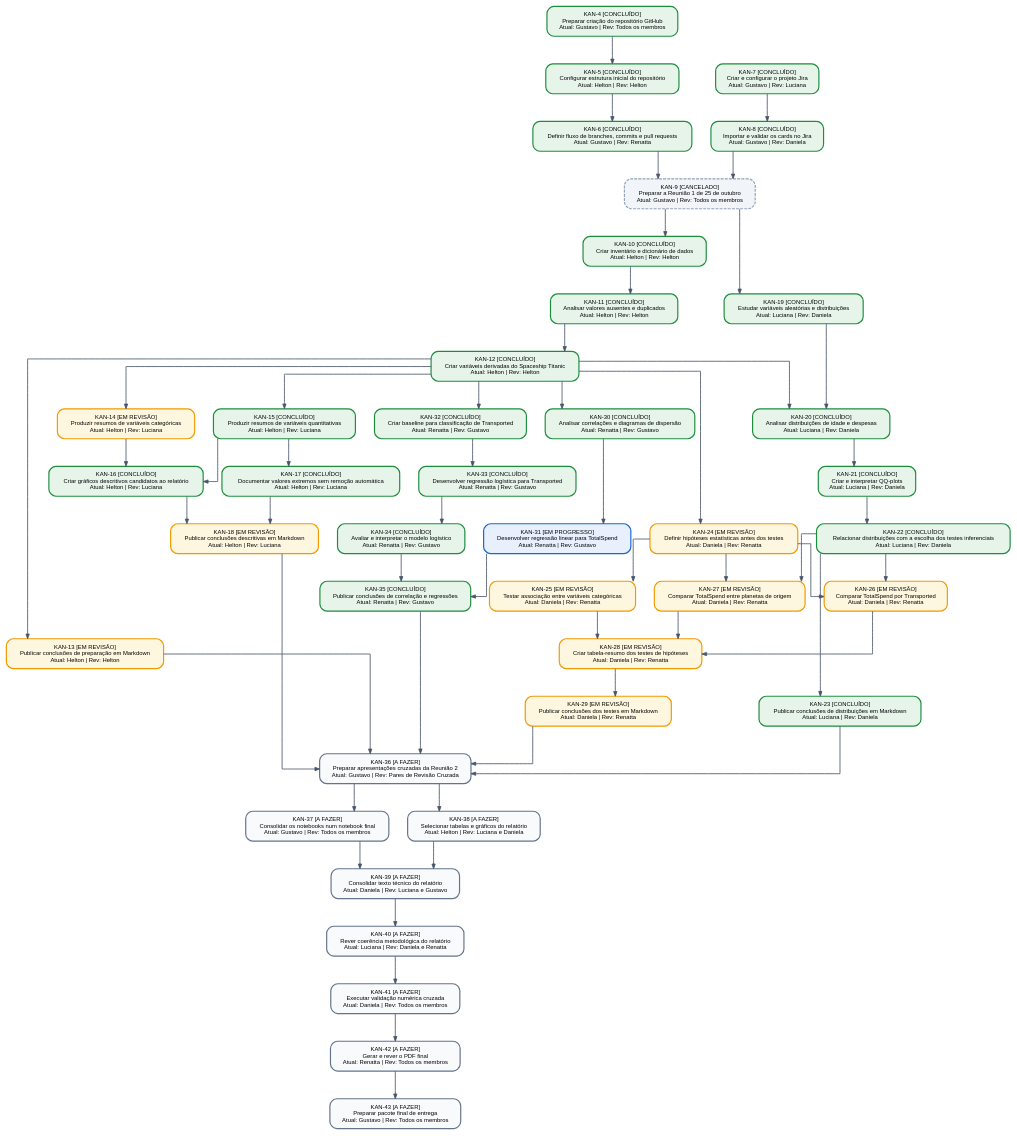
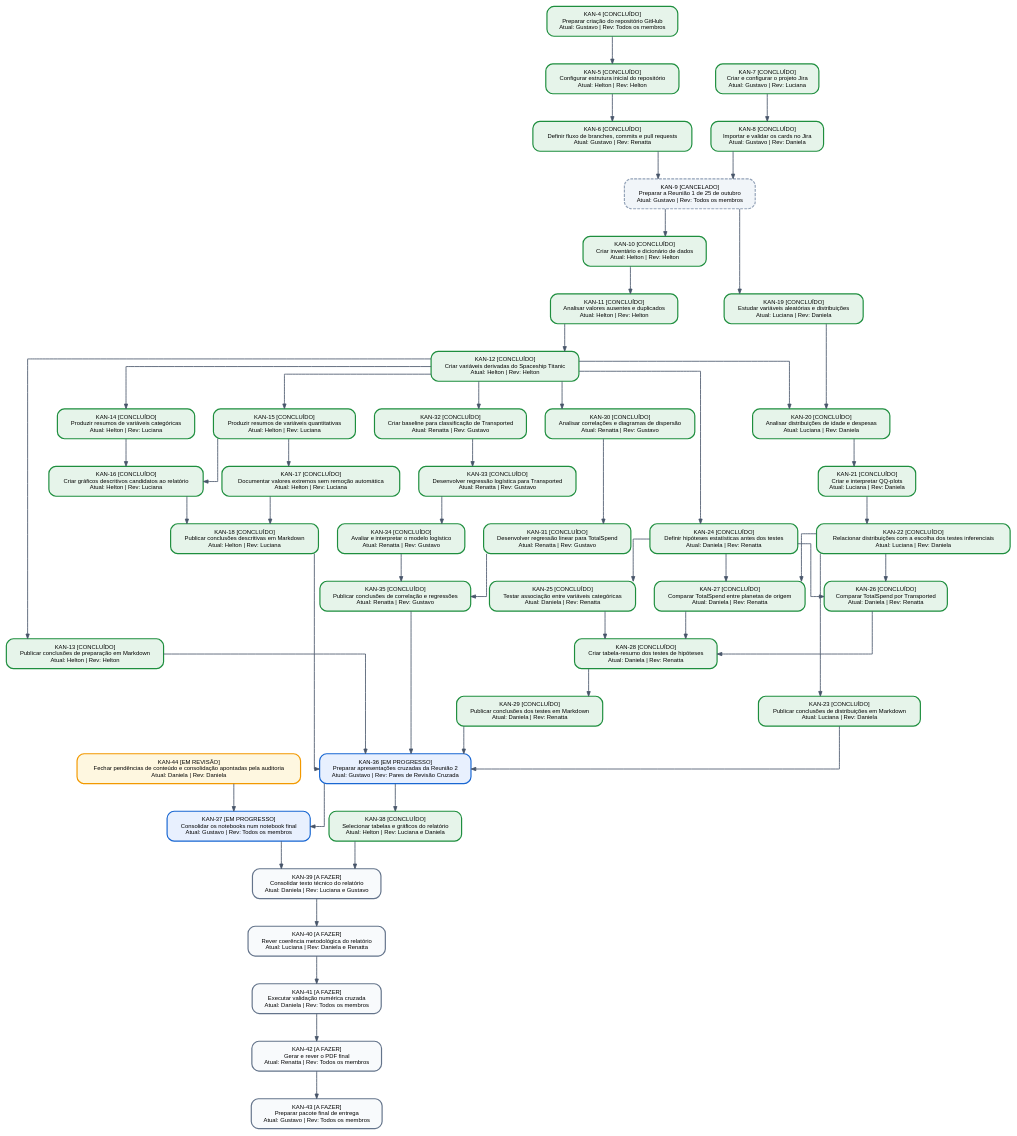
Before and after one commit to gmenezesg/spaceship-titanic-estatistica-posdl: the diagram in docs/mapa_dependencias_jira.dot, drawn with Graphviz. The commit also changed 4 other files, not shown here.

```diff
--- a/docs/mapa_dependencias_jira.dot
+++ b/docs/mapa_dependencias_jira.dot
@@ -1,103 +1,105 @@
 digraph JiraDependencyMap {
     rankdir=TB;
     splines=ortho;
     nodesep=0.45;
     ranksep=0.65;
     fontname="Helvetica";
     node [shape=box, style="rounded,filled", fontname="Helvetica", fontsize=10, margin="0.18,0.12", penwidth=2.0];
     edge [color="#475569", penwidth=1.4, arrowsize=0.8];
 
     "KAN-4" [label="KAN-4 [CONCLUÍDO]\nPreparar criação do repositório GitHub\nAtual: Gustavo | Rev: Todos os membros", fillcolor="#E6F4EA", color="#1E8E3E", style="rounded,filled"];
     "KAN-5" [label="KAN-5 [CONCLUÍDO]\nConfigurar estrutura inicial do repositório\nAtual: Helton | Rev: Helton", fillcolor="#E6F4EA", color="#1E8E3E", style="rounded,filled"];
     "KAN-6" [label="KAN-6 [CONCLUÍDO]\nDefinir fluxo de branches, commits e pull requests\nAtual: Gustavo | Rev: Renatta", fillcolor="#E6F4EA", color="#1E8E3E", style="rounded,filled"];
     "KAN-7" [label="KAN-7 [CONCLUÍDO]\nCriar e configurar o projeto Jira\nAtual: Gustavo | Rev: Luciana", fillcolor="#E6F4EA", color="#1E8E3E", style="rounded,filled"];
     "KAN-8" [label="KAN-8 [CONCLUÍDO]\nImportar e validar os cards no Jira\nAtual: Gustavo | Rev: Daniela", fillcolor="#E6F4EA", color="#1E8E3E", style="rounded,filled"];
     "KAN-9" [label="KAN-9 [CANCELADO]\nPreparar a Reunião 1 de 25 de outubro\nAtual: Gustavo | Rev: Todos os membros", fillcolor="#F1F5F9", color="#94A3B8", style="rounded,filled,dashed"];
     "KAN-10" [label="KAN-10 [CONCLUÍDO]\nCriar inventário e dicionário de dados\nAtual: Helton | Rev: Helton", fillcolor="#E6F4EA", color="#1E8E3E", style="rounded,filled"];
     "KAN-11" [label="KAN-11 [CONCLUÍDO]\nAnalisar valores ausentes e duplicados\nAtual: Helton | Rev: Helton", fillcolor="#E6F4EA", color="#1E8E3E", style="rounded,filled"];
     "KAN-12" [label="KAN-12 [CONCLUÍDO]\nCriar variáveis derivadas do Spaceship Titanic\nAtual: Helton | Rev: Helton", fillcolor="#E6F4EA", color="#1E8E3E", style="rounded,filled"];
-    "KAN-13" [label="KAN-13 [EM REVISÃO]\nPublicar conclusões de preparação em Markdown\nAtual: Helton | Rev: Helton", fillcolor="#FEF7E0", color="#F29900", style="rounded,filled"];
-    "KAN-14" [label="KAN-14 [EM REVISÃO]\nProduzir resumos de variáveis categóricas\nAtual: Helton | Rev: Luciana", fillcolor="#FEF7E0", color="#F29900", style="rounded,filled"];
+    "KAN-13" [label="KAN-13 [CONCLUÍDO]\nPublicar conclusões de preparação em Markdown\nAtual: Helton | Rev: Helton", fillcolor="#E6F4EA", color="#1E8E3E", style="rounded,filled"];
+    "KAN-14" [label="KAN-14 [CONCLUÍDO]\nProduzir resumos de variáveis categóricas\nAtual: Helton | Rev: Luciana", fillcolor="#E6F4EA", color="#1E8E3E", style="rounded,filled"];
     "KAN-15" [label="KAN-15 [CONCLUÍDO]\nProduzir resumos de variáveis quantitativas\nAtual: Helton | Rev: Luciana", fillcolor="#E6F4EA", color="#1E8E3E", style="rounded,filled"];
     "KAN-16" [label="KAN-16 [CONCLUÍDO]\nCriar gráficos descritivos candidatos ao relatório\nAtual: Helton | Rev: Luciana", fillcolor="#E6F4EA", color="#1E8E3E", style="rounded,filled"];
     "KAN-17" [label="KAN-17 [CONCLUÍDO]\nDocumentar valores extremos sem remoção automática\nAtual: Helton | Rev: Luciana", fillcolor="#E6F4EA", color="#1E8E3E", style="rounded,filled"];
-    "KAN-18" [label="KAN-18 [EM REVISÃO]\nPublicar conclusões descritivas em Markdown\nAtual: Helton | Rev: Luciana", fillcolor="#FEF7E0", color="#F29900", style="rounded,filled"];
+    "KAN-18" [label="KAN-18 [CONCLUÍDO]\nPublicar conclusões descritivas em Markdown\nAtual: Helton | Rev: Luciana", fillcolor="#E6F4EA", color="#1E8E3E", style="rounded,filled"];
     "KAN-19" [label="KAN-19 [CONCLUÍDO]\nEstudar variáveis aleatórias e distribuições\nAtual: Luciana | Rev: Daniela", fillcolor="#E6F4EA", color="#1E8E3E", style="rounded,filled"];
     "KAN-20" [label="KAN-20 [CONCLUÍDO]\nAnalisar distribuições de idade e despesas\nAtual: Luciana | Rev: Daniela", fillcolor="#E6F4EA", color="#1E8E3E", style="rounded,filled"];
     "KAN-21" [label="KAN-21 [CONCLUÍDO]\nCriar e interpretar QQ-plots\nAtual: Luciana | Rev: Daniela", fillcolor="#E6F4EA", color="#1E8E3E", style="rounded,filled"];
     "KAN-22" [label="KAN-22 [CONCLUÍDO]\nRelacionar distribuições com a escolha dos testes inferenciais\nAtual: Luciana | Rev: Daniela", fillcolor="#E6F4EA", color="#1E8E3E", style="rounded,filled"];
     "KAN-23" [label="KAN-23 [CONCLUÍDO]\nPublicar conclusões de distribuições em Markdown\nAtual: Luciana | Rev: Daniela", fillcolor="#E6F4EA", color="#1E8E3E", style="rounded,filled"];
-    "KAN-24" [label="KAN-24 [EM REVISÃO]\nDefinir hipóteses estatísticas antes dos testes\nAtual: Daniela | Rev: Renatta", fillcolor="#FEF7E0", color="#F29900", style="rounded,filled"];
-    "KAN-25" [label="KAN-25 [EM REVISÃO]\nTestar associação entre variáveis categóricas\nAtual: Daniela | Rev: Renatta", fillcolor="#FEF7E0", color="#F29900", style="rounded,filled"];
-    "KAN-26" [label="KAN-26 [EM REVISÃO]\nComparar TotalSpend por Transported\nAtual: Daniela | Rev: Renatta", fillcolor="#FEF7E0", color="#F29900", style="rounded,filled"];
-    "KAN-27" [label="KAN-27 [EM REVISÃO]\nComparar TotalSpend entre planetas de origem\nAtual: Daniela | Rev: Renatta", fillcolor="#FEF7E0", color="#F29900", style="rounded,filled"];
-    "KAN-28" [label="KAN-28 [EM REVISÃO]\nCriar tabela-resumo dos testes de hipóteses\nAtual: Daniela | Rev: Renatta", fillcolor="#FEF7E0", color="#F29900", style="rounded,filled"];
-    "KAN-29" [label="KAN-29 [EM REVISÃO]\nPublicar conclusões dos testes em Markdown\nAtual: Daniela | Rev: Renatta", fillcolor="#FEF7E0", color="#F29900", style="rounded,filled"];
+    "KAN-24" [label="KAN-24 [CONCLUÍDO]\nDefinir hipóteses estatísticas antes dos testes\nAtual: Daniela | Rev: Renatta", fillcolor="#E6F4EA", color="#1E8E3E", style="rounded,filled"];
+    "KAN-25" [label="KAN-25 [CONCLUÍDO]\nTestar associação entre variáveis categóricas\nAtual: Daniela | Rev: Renatta", fillcolor="#E6F4EA", color="#1E8E3E", style="rounded,filled"];
+    "KAN-26" [label="KAN-26 [CONCLUÍDO]\nComparar TotalSpend por Transported\nAtual: Daniela | Rev: Renatta", fillcolor="#E6F4EA", color="#1E8E3E", style="rounded,filled"];
+    "KAN-27" [label="KAN-27 [CONCLUÍDO]\nComparar TotalSpend entre planetas de origem\nAtual: Daniela | Rev: Renatta", fillcolor="#E6F4EA", color="#1E8E3E", style="rounded,filled"];
+    "KAN-28" [label="KAN-28 [CONCLUÍDO]\nCriar tabela-resumo dos testes de hipóteses\nAtual: Daniela | Rev: Renatta", fillcolor="#E6F4EA", color="#1E8E3E", style="rounded,filled"];
+    "KAN-29" [label="KAN-29 [CONCLUÍDO]\nPublicar conclusões dos testes em Markdown\nAtual: Daniela | Rev: Renatta", fillcolor="#E6F4EA", color="#1E8E3E", style="rounded,filled"];
     "KAN-30" [label="KAN-30 [CONCLUÍDO]\nAnalisar correlações e diagramas de dispersão\nAtual: Renatta | Rev: Gustavo", fillcolor="#E6F4EA", color="#1E8E3E", style="rounded,filled"];
-    "KAN-31" [label="KAN-31 [EM PROGRESSO]\nDesenvolver regressão linear para TotalSpend\nAtual: Renatta | Rev: Gustavo", fillcolor="#E8F0FE", color="#1967D2", style="rounded,filled"];
+    "KAN-31" [label="KAN-31 [CONCLUÍDO]\nDesenvolver regressão linear para TotalSpend\nAtual: Renatta | Rev: Gustavo", fillcolor="#E6F4EA", color="#1E8E3E", style="rounded,filled"];
     "KAN-32" [label="KAN-32 [CONCLUÍDO]\nCriar baseline para classificação de Transported\nAtual: Renatta | Rev: Gustavo", fillcolor="#E6F4EA", color="#1E8E3E", style="rounded,filled"];
     "KAN-33" [label="KAN-33 [CONCLUÍDO]\nDesenvolver regressão logística para Transported\nAtual: Renatta | Rev: Gustavo", fillcolor="#E6F4EA", color="#1E8E3E", style="rounded,filled"];
     "KAN-34" [label="KAN-34 [CONCLUÍDO]\nAvaliar e interpretar o modelo logístico\nAtual: Renatta | Rev: Gustavo", fillcolor="#E6F4EA", color="#1E8E3E", style="rounded,filled"];
     "KAN-35" [label="KAN-35 [CONCLUÍDO]\nPublicar conclusões de correlação e regressões\nAtual: Renatta | Rev: Gustavo", fillcolor="#E6F4EA", color="#1E8E3E", style="rounded,filled"];
-    "KAN-36" [label="KAN-36 [A FAZER]\nPreparar apresentações cruzadas da Reunião 2\nAtual: Gustavo | Rev: Pares de Revisão Cruzada", fillcolor="#F8FAFC", color="#64748B", style="rounded,filled"];
-    "KAN-37" [label="KAN-37 [A FAZER]\nConsolidar os notebooks num notebook final\nAtual: Gustavo | Rev: Todos os membros", fillcolor="#F8FAFC", color="#64748B", style="rounded,filled"];
-    "KAN-38" [label="KAN-38 [A FAZER]\nSelecionar tabelas e gráficos do relatório\nAtual: Helton | Rev: Luciana e Daniela", fillcolor="#F8FAFC", color="#64748B", style="rounded,filled"];
+    "KAN-36" [label="KAN-36 [EM PROGRESSO]\nPreparar apresentações cruzadas da Reunião 2\nAtual: Gustavo | Rev: Pares de Revisão Cruzada", fillcolor="#E8F0FE", color="#1967D2", style="rounded,filled"];
+    "KAN-37" [label="KAN-37 [EM PROGRESSO]\nConsolidar os notebooks num notebook final\nAtual: Gustavo | Rev: Todos os membros", fillcolor="#E8F0FE", color="#1967D2", style="rounded,filled"];
+    "KAN-38" [label="KAN-38 [CONCLUÍDO]\nSelecionar tabelas e gráficos do relatório\nAtual: Helton | Rev: Luciana e Daniela", fillcolor="#E6F4EA", color="#1E8E3E", style="rounded,filled"];
     "KAN-39" [label="KAN-39 [A FAZER]\nConsolidar texto técnico do relatório\nAtual: Daniela | Rev: Luciana e Gustavo", fillcolor="#F8FAFC", color="#64748B", style="rounded,filled"];
     "KAN-40" [label="KAN-40 [A FAZER]\nRever coerência metodológica do relatório\nAtual: Luciana | Rev: Daniela e Renatta", fillcolor="#F8FAFC", color="#64748B", style="rounded,filled"];
     "KAN-41" [label="KAN-41 [A FAZER]\nExecutar validação numérica cruzada\nAtual: Daniela | Rev: Todos os membros", fillcolor="#F8FAFC", color="#64748B", style="rounded,filled"];
     "KAN-42" [label="KAN-42 [A FAZER]\nGerar e rever o PDF final\nAtual: Renatta | Rev: Todos os membros", fillcolor="#F8FAFC", color="#64748B", style="rounded,filled"];
     "KAN-43" [label="KAN-43 [A FAZER]\nPreparar pacote final de entrega\nAtual: Gustavo | Rev: Todos os membros", fillcolor="#F8FAFC", color="#64748B", style="rounded,filled"];
+    "KAN-44" [label="KAN-44 [EM REVISÃO]\nFechar pendências de conteúdo e consolidação apontadas pela auditoria\nAtual: Daniela | Rev: Daniela", fillcolor="#FEF7E0", color="#F29900", style="rounded,filled"];
 
     "KAN-4" -> "KAN-5";
     "KAN-5" -> "KAN-6";
     "KAN-7" -> "KAN-8";
     "KAN-6" -> "KAN-9";
     "KAN-8" -> "KAN-9";
     "KAN-9" -> "KAN-10";
     "KAN-10" -> "KAN-11";
     "KAN-11" -> "KAN-12";
     "KAN-12" -> "KAN-13";
     "KAN-12" -> "KAN-14";
     "KAN-12" -> "KAN-15";
     "KAN-14" -> "KAN-16";
     "KAN-15" -> "KAN-16";
     "KAN-15" -> "KAN-17";
     "KAN-16" -> "KAN-18";
     "KAN-17" -> "KAN-18";
     "KAN-9" -> "KAN-19";
     "KAN-12" -> "KAN-20";
     "KAN-19" -> "KAN-20";
     "KAN-20" -> "KAN-21";
     "KAN-21" -> "KAN-22";
     "KAN-22" -> "KAN-23";
     "KAN-12" -> "KAN-24";
     "KAN-24" -> "KAN-25";
     "KAN-22" -> "KAN-26";
     "KAN-24" -> "KAN-26";
     "KAN-22" -> "KAN-27";
     "KAN-24" -> "KAN-27";
     "KAN-25" -> "KAN-28";
     "KAN-26" -> "KAN-28";
     "KAN-27" -> "KAN-28";
     "KAN-28" -> "KAN-29";
     "KAN-12" -> "KAN-30";
     "KAN-30" -> "KAN-31";
     "KAN-12" -> "KAN-32";
     "KAN-32" -> "KAN-33";
     "KAN-33" -> "KAN-34";
     "KAN-34" -> "KAN-35";
     "KAN-31" -> "KAN-35";
     "KAN-13" -> "KAN-36";
     "KAN-18" -> "KAN-36";
     "KAN-23" -> "KAN-36";
     "KAN-29" -> "KAN-36";
     "KAN-35" -> "KAN-36";
     "KAN-36" -> "KAN-37";
+    "KAN-44" -> "KAN-37";
     "KAN-36" -> "KAN-38";
     "KAN-37" -> "KAN-39";
     "KAN-38" -> "KAN-39";
     "KAN-39" -> "KAN-40";
     "KAN-40" -> "KAN-41";
     "KAN-41" -> "KAN-42";
     "KAN-42" -> "KAN-43";
 }
```
